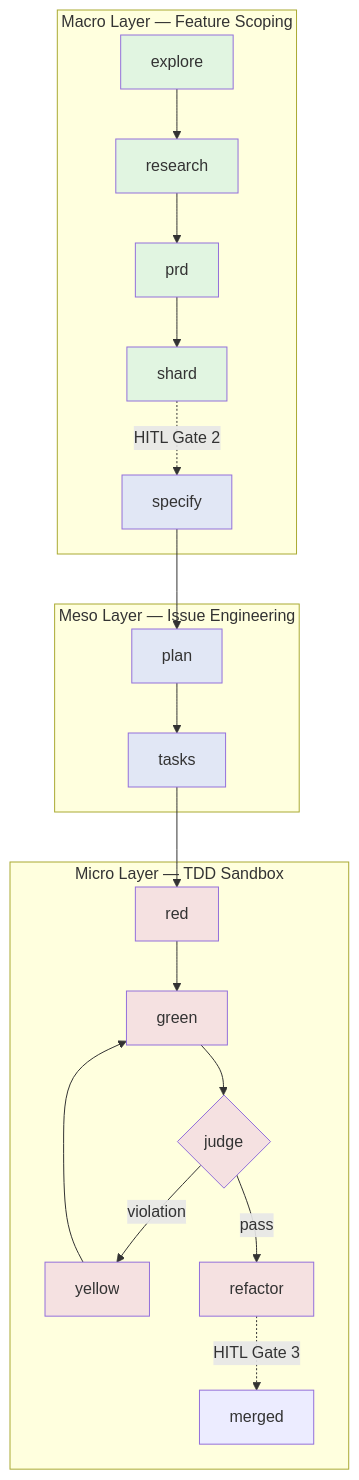
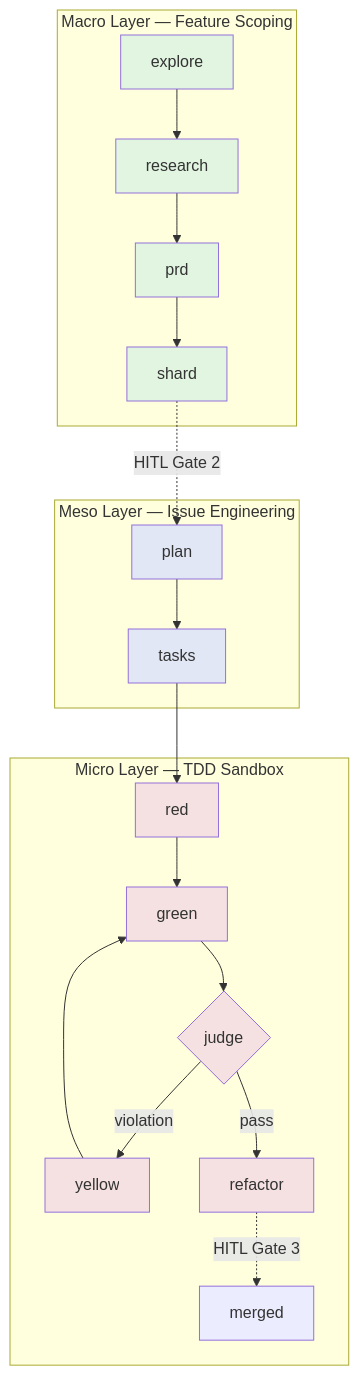
Before and after one commit to wbisschoff13/deviatdd: the diagram in README.md, drawn with Mermaid. The commit also changed other lines of this file and 2 other files, not shown here.

First line of the commit message:
docs(readme): correct user-facing flow to /deviate-* slash commands

````diff
--- a/README.md
+++ b/README.md
@@ -61,37 +72,36 @@
 ```mermaid
 flowchart TB
-    subgraph Macro["Macro Layer — Feature Scoping"]
-        E[explore] --> R[research]
-        R --> P[prd]
-        P --> S[shard]
-        S -.->|HITL Gate 2| M
-    end
+subgraph Macro["Macro Layer — Feature Scoping"]
+E[explore] --> R[research]
+R --> P[prd]
+P --> S[shard]
+end
 
-    subgraph Meso["Meso Layer — Issue Engineering"]
-        M[specify] --> Pl[plan]
-        Pl --> T[tasks]
-    end
+S -.->|HITL Gate 2| Pl
 
-    subgraph Micro["Micro Layer — TDD Sandbox"]
-        T --> Re[red]
-        Re --> G[green]
-        G --> J{judge}
-        J -->|violation| Y[yellow]
-        Y --> G
-        J -->|pass| Rf[refactor]
-        Rf -.->|HITL Gate 3| Done[merged]
-    end
+subgraph Meso["Meso Layer — Issue Engineering"]
+Pl[plan] --> T[tasks]
+end
 
-    style E fill:#e1f5e1
-    style R fill:#e1f5e1
-    style P fill:#e1f5e1
-    style S fill:#e1f5e1
-    style M fill:#e1e7f5
-    style Pl fill:#e1e7f5
-    style T fill:#e1e7f5
-    style Re fill:#f5e1e1
-    style G fill:#f5e1e1
-    style J fill:#f5e1e1
-    style Y fill:#f5e1e1
-    style Rf fill:#f5e1e1
+subgraph Micro["Micro Layer — TDD Sandbox"]
+T --> Re[red]
+Re --> G[green]
+G --> J{judge}
+J -->|violation| Y[yellow]
+Y --> G
+J -->|pass| Rf[refactor]
+Rf -.->|HITL Gate 3| Done[merged]
+end
+
+style E fill:#e1f5e1
+style R fill:#e1f5e1
+style P fill:#e1f5e1
+style S fill:#e1f5e1
+style Pl fill:#e1e7f5
+style T fill:#e1e7f5
+style Re fill:#f5e1e1
+style G fill:#f5e1e1
+style J fill:#f5e1e1
+style Y fill:#f5e1e1
+style Rf fill:#f5e1e1
 ```
````
